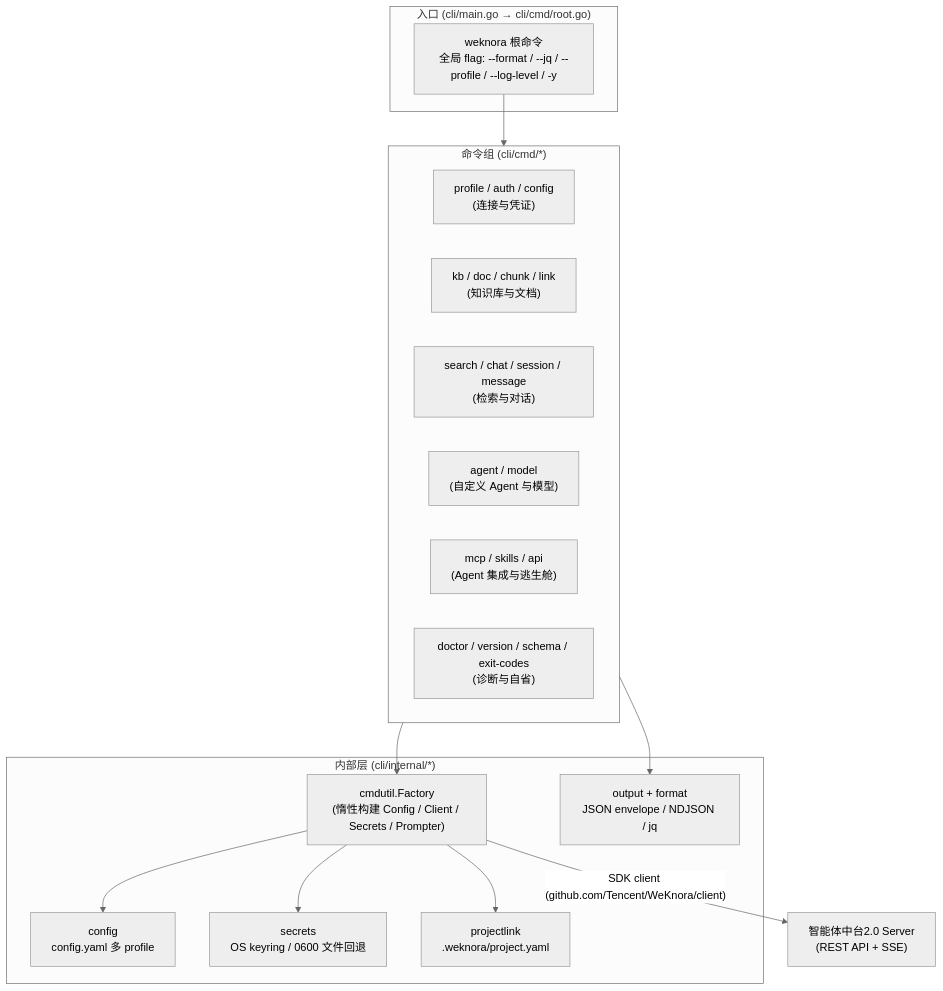
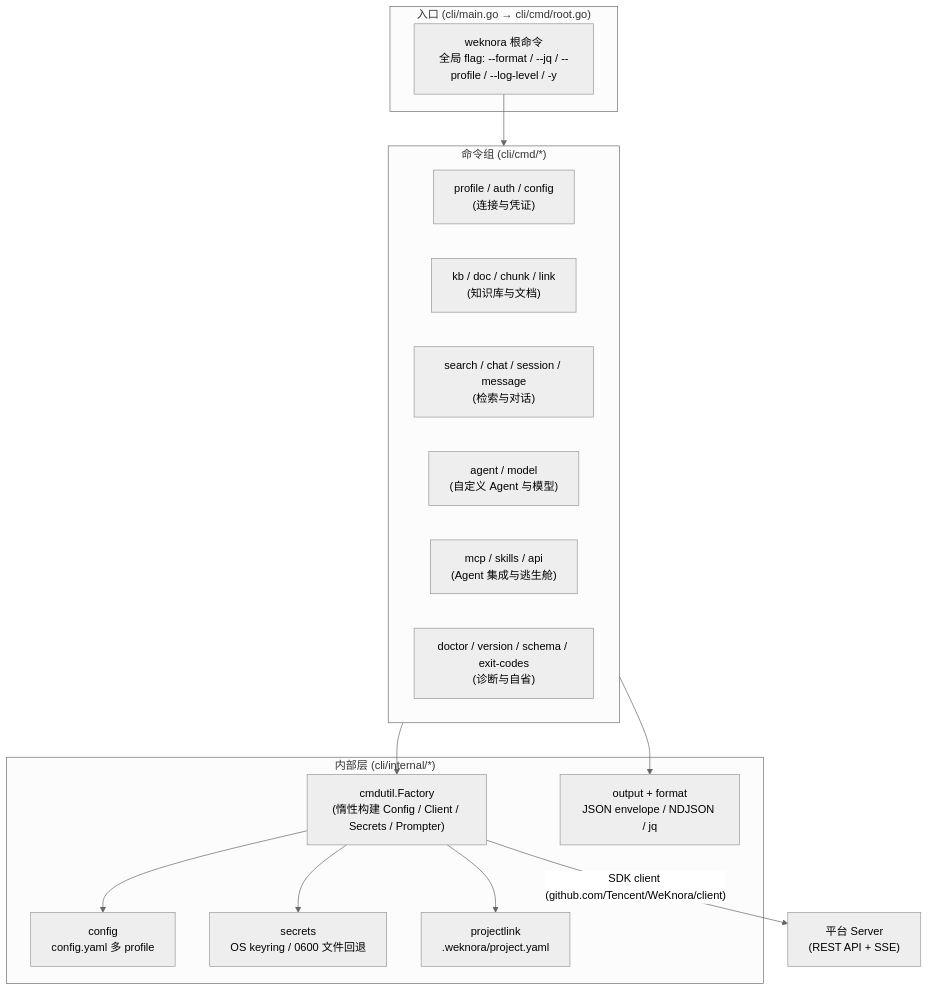
The diagram in apps/docs/05-clients/02-cli.md (qinlei131479/WeKnora), drawn with Mermaid (neutral theme) before and after one commit. The commit also changed other lines of this file and 58 other files, not shown here.

````diff
--- a/apps/docs/05-clients/02-cli.md
+++ b/apps/docs/05-clients/02-cli.md
@@ -11,33 +11,33 @@
 ```mermaid
 flowchart TB
     subgraph entry["入口 (cli/main.go → cli/cmd/root.go)"]
         R["weknora 根命令<br/>全局 flag: --format / --jq / --profile / --log-level / -y"]
     end
 
     subgraph groups["命令组 (cli/cmd/*)"]
         G1["profile / auth / config<br/>(连接与凭证)"]
         G2["kb / doc / chunk / link<br/>(知识库与文档)"]
         G3["search / chat / session / message<br/>(检索与对话)"]
         G4["agent / model<br/>(自定义 Agent 与模型)"]
         G5["mcp / skills / api<br/>(Agent 集成与逃生舱)"]
         G6["doctor / version / schema / exit-codes<br/>(诊断与自省)"]
     end
 
     subgraph internal["内部层 (cli/internal/*)"]
         F["cmdutil.Factory<br/>(惰性构建 Config / Client / Secrets / Prompter)"]
         C["config<br/>config.yaml 多 profile"]
         S["secrets<br/>OS keyring / 0600 文件回退"]
         P["projectlink<br/>.weknora/project.yaml"]
         O["output + format<br/>JSON envelope / NDJSON / jq"]
     end
 
-    SRV["智能体中台2.0 Server<br/>(REST API + SSE)"]
+    SRV["平台 Server<br/>(REST API + SSE)"]
 
     R --> groups
     groups --> F
     F --> C
     F --> S
     F --> P
     groups --> O
     F -->|"SDK client (github.com/Tencent/WeKnora/client)"| SRV
 ```
````
